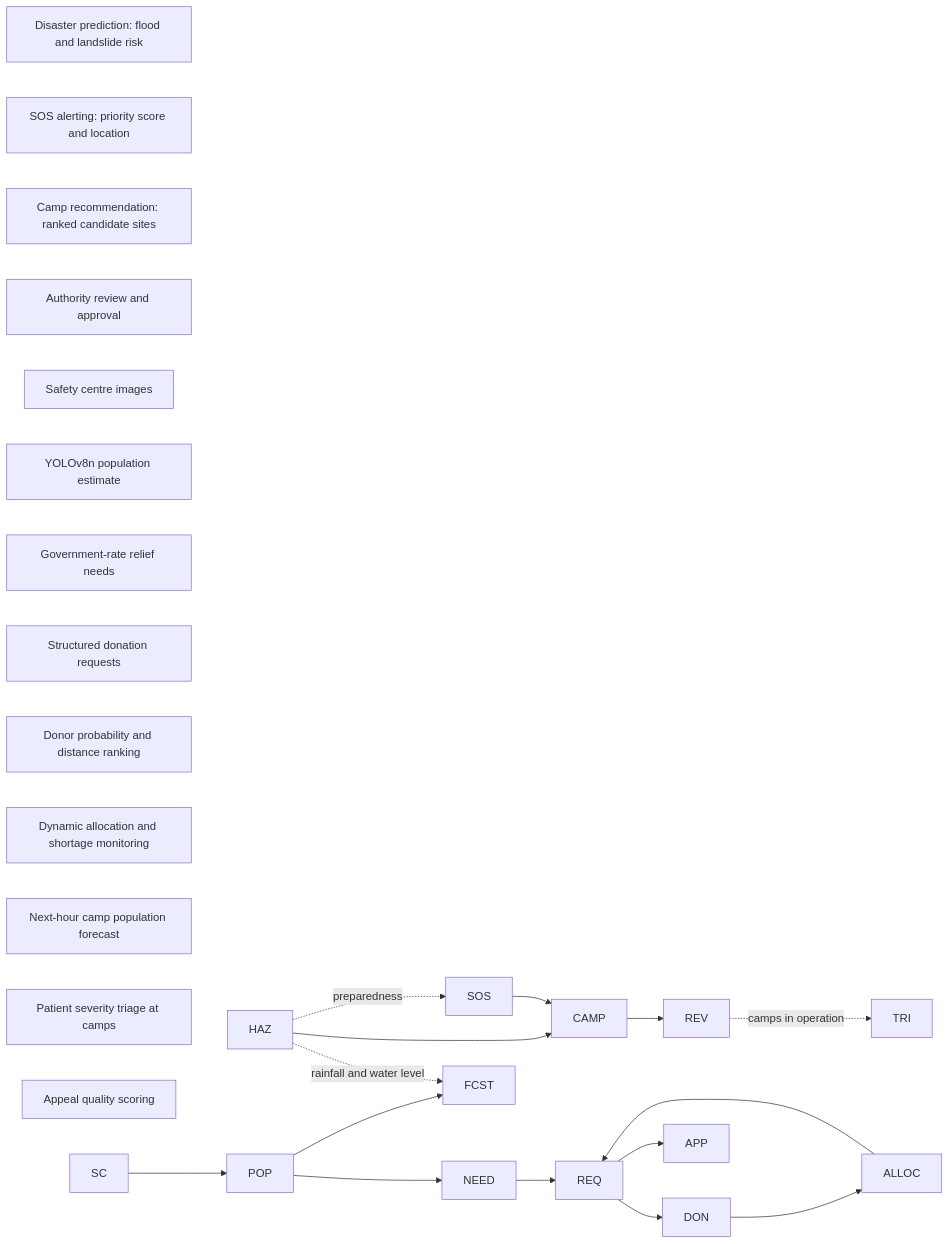
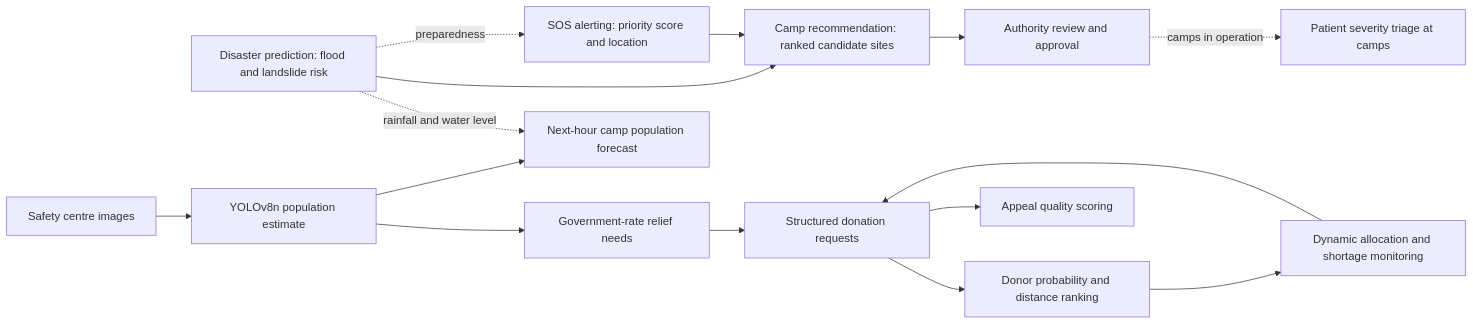
One commit to kavithaniwandi/R26-IT-047 changed the second of 4 diagrams in docs/README.md. Above: the diagram before and after it, drawn with Mermaid. The commit also changed other lines of this file, not shown here.

````diff
--- a/docs/README.md
+++ b/docs/README.md
@@ -139,30 +139,30 @@
 ```mermaid
 flowchart LR
-    HAZ\\\["Disaster prediction: flood and landslide risk"]
-    SOS\\\["SOS alerting: priority score and location"]
-    CAMP\\\["Camp recommendation: ranked candidate sites"]
-    REV\\\["Authority review and approval"]
-    SC\\\["Safety centre images"]
-    POP\\\["YOLOv8n population estimate"]
-    NEED\\\["Government-rate relief needs"]
-    REQ\\\["Structured donation requests"]
-    DON\\\["Donor probability and distance ranking"]
-    ALLOC\\\["Dynamic allocation and shortage monitoring"]
-    FCST\\\["Next-hour camp population forecast"]
-    TRI\\\["Patient severity triage at camps"]
-    APP\\\["Appeal quality scoring"]
+    HAZ["Disaster prediction: flood and landslide risk"]
+    SOS["SOS alerting: priority score and location"]
+    CAMP["Camp recommendation: ranked candidate sites"]
+    REV["Authority review and approval"]
+    SC["Safety centre images"]
+    POP["YOLOv8n population estimate"]
+    NEED["Government-rate relief needs"]
+    REQ["Structured donation requests"]
+    DON["Donor probability and distance ranking"]
+    ALLOC["Dynamic allocation and shortage monitoring"]
+    FCST["Next-hour camp population forecast"]
+    TRI["Patient severity triage at camps"]
+    APP["Appeal quality scoring"]
 
     HAZ --> CAMP
     SOS --> CAMP
     HAZ -. "preparedness" .-> SOS
     CAMP --> REV
 
     SC --> POP --> NEED --> REQ
     REQ --> DON --> ALLOC
     REQ --> APP
     ALLOC --> REQ
     POP --> FCST
     HAZ -. "rainfall and water level" .-> FCST
 
     REV -. "camps in operation" .-> TRI
 ```
````
